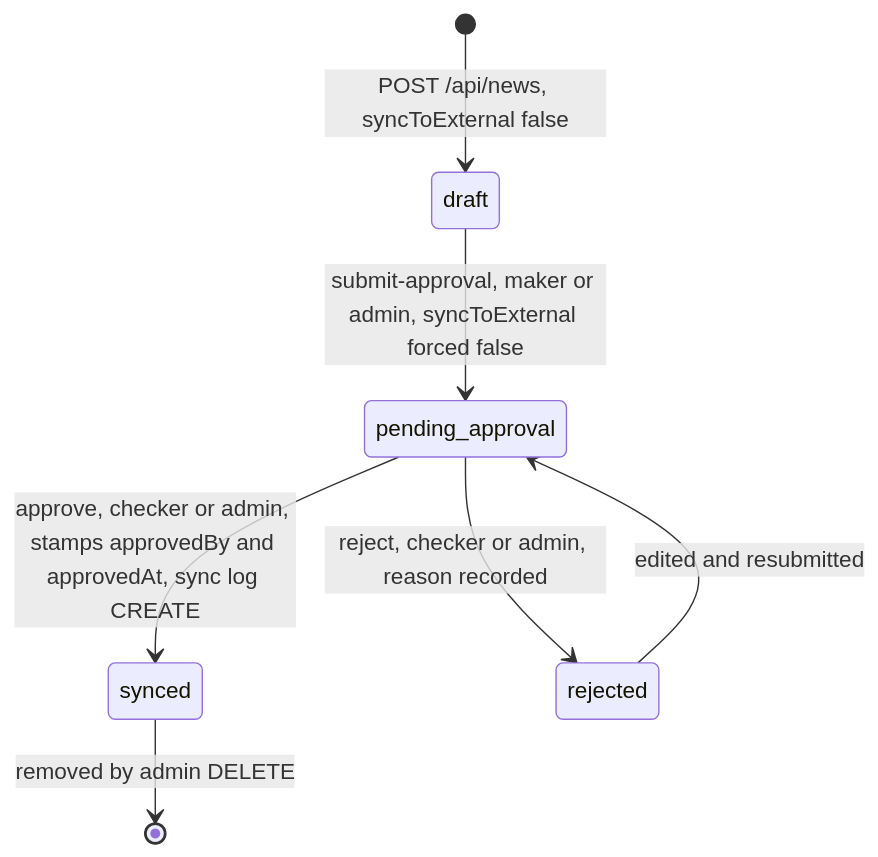
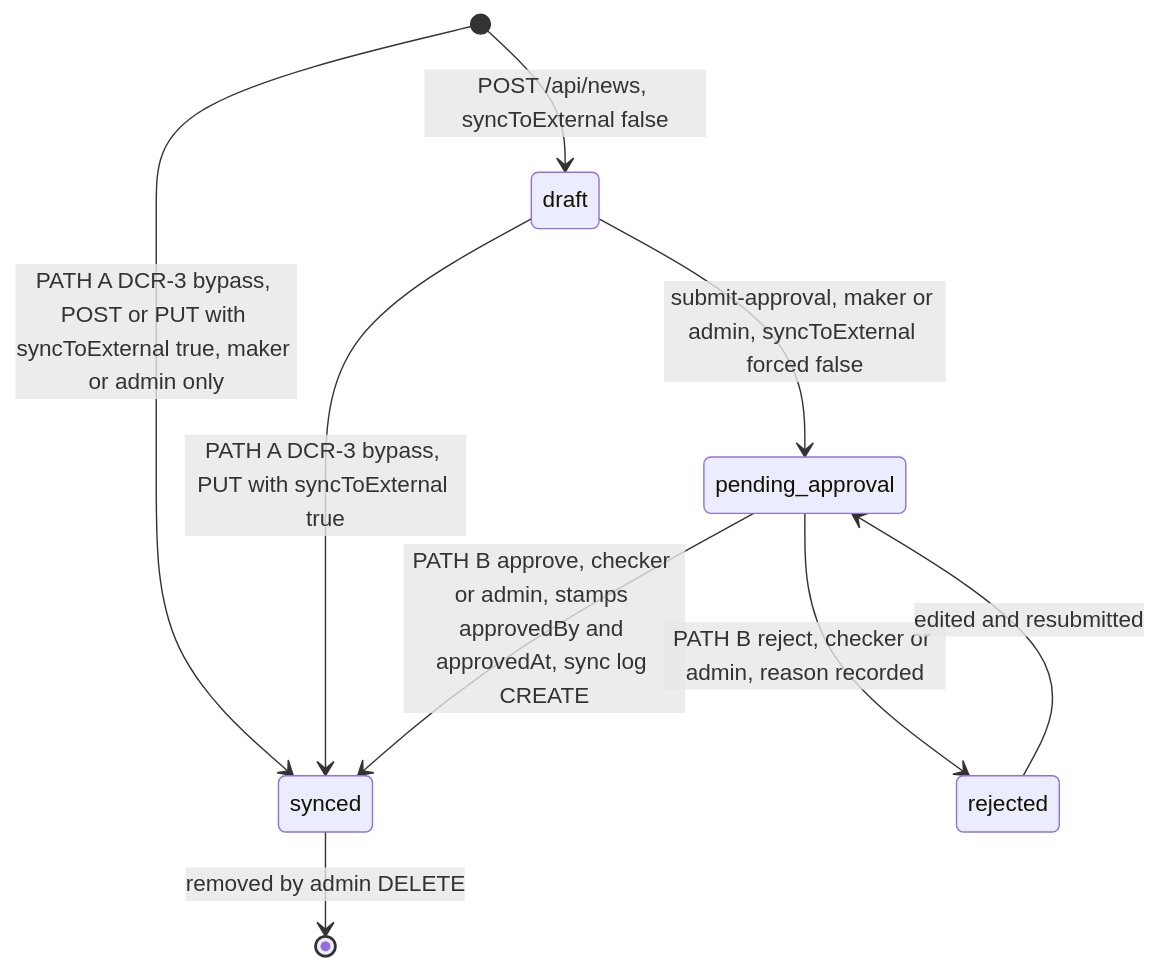
The fourth of 12 diagrams in docs/deliverables/06-architecture-diagram.md (narongsak-sukma/InternalWeb-New), drawn with Mermaid before and after one commit. The commit also changed other lines of this file and 5 other files, not shown here.

First line of the commit message:
docs(wave1): SDS + architecture diagrams; DCR directive revisions to 09/10/12 (task #4,#6)

````diff
--- a/docs/deliverables/06-architecture-diagram.md
+++ b/docs/deliverables/06-architecture-diagram.md
@@ -189,9 +191,11 @@
 ```mermaid
 stateDiagram-v2
     [*] --> draft : POST /api/news, syncToExternal false
+    [*] --> synced : PATH A DCR-3 bypass, POST or PUT with syncToExternal true, maker or admin only
     draft --> pending_approval : submit-approval, maker or admin, syncToExternal forced false
-    pending_approval --> synced : approve, checker or admin, stamps approvedBy and approvedAt, sync log CREATE
-    pending_approval --> rejected : reject, checker or admin, reason recorded
+    draft --> synced : PATH A DCR-3 bypass, PUT with syncToExternal true
+    pending_approval --> synced : PATH B approve, checker or admin, stamps approvedBy and approvedAt, sync log CREATE
+    pending_approval --> rejected : PATH B reject, checker or admin, reason recorded
     rejected --> pending_approval : edited and resubmitted
     synced --> [*] : removed by admin DELETE
 ```
````
